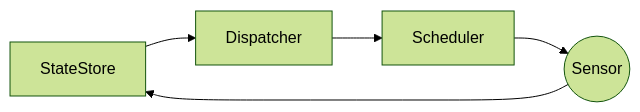
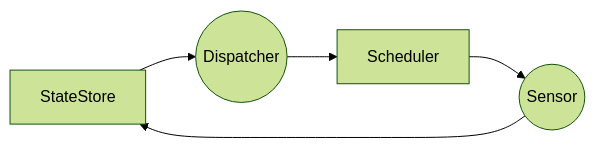
Before and after one commit to asbjornenge/dux: the diagram in sensors.mermaid, drawn with Mermaid (forest theme). The commit also changed 4 other files, not shown here.

```diff
--- a/sensors.mermaid
+++ b/sensors.mermaid
@@ -1,11 +1,11 @@
 graph LR;
 
 	StateStore;
-	Dispatcher;
+	Dispatcher((Dispatcher));
 	Scheduler;
     HostLoadSensor((Sensor));
 
 	StateStore --> Dispatcher
 	Dispatcher --> Scheduler
     Scheduler --> HostLoadSensor 
     HostLoadSensor --> StateStore 
```
